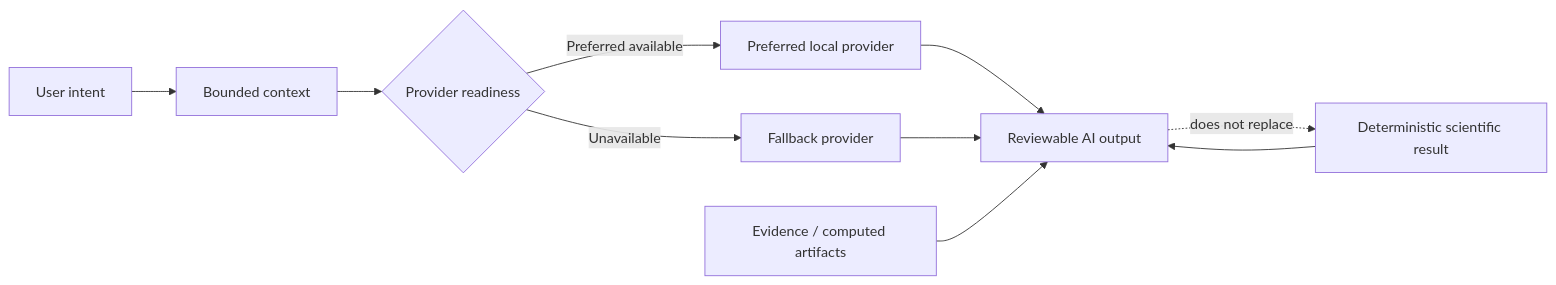
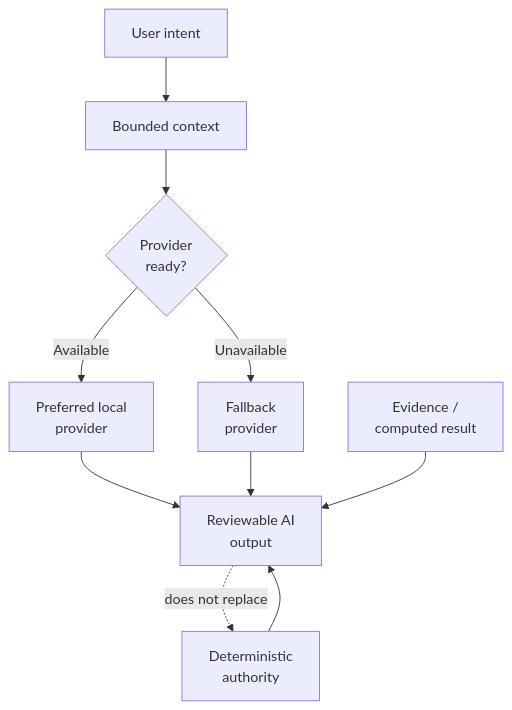
The fourth of 5 diagrams in docs/ENGINEERING_OVERVIEW.md (wilderruiz/zomniverse-project), drawn with Mermaid before and after one commit. The commit also changed other lines of this file, not shown here.

Commit message:
docs: fix clipped Mermaid labels across engineering overview

````diff
--- a/docs/ENGINEERING_OVERVIEW.md
+++ b/docs/ENGINEERING_OVERVIEW.md
@@ -150,13 +150,13 @@
 ```mermaid
-flowchart LR
-    U[User intent] --> C[Bounded context]
-    C --> H{Provider readiness}
-    H -->|Preferred available| P[Preferred local provider]
-    H -->|Unavailable| F[Fallback provider]
-    P --> O[Reviewable AI output]
+flowchart TD
+    U["User intent"] --> C["Bounded context"]
+    C --> H{"Provider<br/>ready?"}
+    H -->|Available| P["Preferred local<br/>provider"]
+    H -->|Unavailable| F["Fallback<br/>provider"]
+    P --> O["Reviewable AI<br/>output"]
     F --> O
 
-    E[Evidence / computed artifacts] --> O
-    D[Deterministic scientific result] --> O
+    E["Evidence /<br/>computed result"] --> O
+    D["Deterministic<br/>authority"] --> O
     O -. does not replace .-> D
 ```
````
